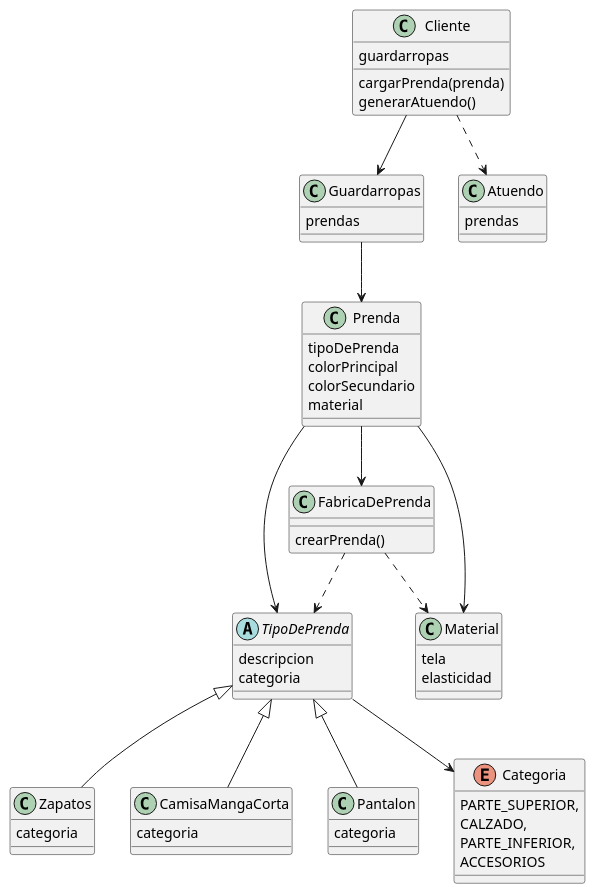
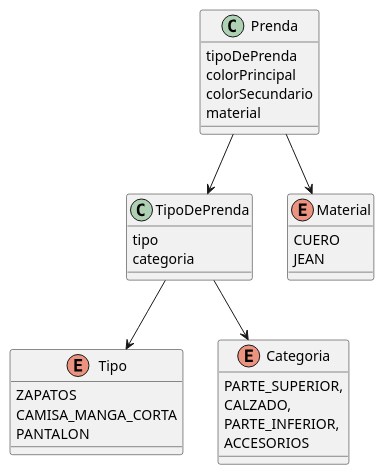
The diagram in diagrama.puml (mottato/que-me-pongo), drawn with PlantUML before and after one commit. The commit also changed 11 other files, not shown here.

```diff
--- a/diagrama.puml
+++ b/diagrama.puml
@@ -1,95 +1,39 @@
 @startuml
-
-class Cliente {
-    guardarropas
-    cargarPrenda(prenda)
-    generarAtuendo()
-}
-
-class Guardarropas {
-    prendas
-}
 
 class Prenda {
     tipoDePrenda
     colorPrincipal
     colorSecundario
     material
 }
 
-class FabricaDePrenda {
-    crearPrenda()
-}
-
-abstract class TipoDePrenda {
-    descripcion
+class TipoDePrenda {
+    tipo
     categoria
 }
 
-class Zapatos {
-    categoria
-}
-
-class CamisaMangaCorta {
-    categoria
-}
-
-class Pantalon {
-    categoria
+enum Tipo {
+    ZAPATOS
+    CAMISA_MANGA_CORTA
+    PANTALON
 }
 
 enum Categoria {
     PARTE_SUPERIOR,
     CALZADO,
     PARTE_INFERIOR,
     ACCESORIOS
 }
 
-class Material {
-    tela
-    elasticidad
+enum Material {
+    CUERO
+    JEAN
 }
-
-class Atuendo {
-    prendas
-}
-
-Cliente --> Guardarropas
-Cliente ..> Atuendo
-Guardarropas --> Prenda
 
 Prenda --> TipoDePrenda
 Prenda --> Material
-Prenda --> FabricaDePrenda
 
-FabricaDePrenda ..> TipoDePrenda
-FabricaDePrenda ..> Material
-
+TipoDePrenda --> Tipo
 TipoDePrenda --> Categoria
-TipoDePrenda <|-- Zapatos
-TipoDePrenda <|-- CamisaMangaCorta
-TipoDePrenda <|-- Pantalon
-
-'interface FactorClimatico {
-'
-'}
-'
-'class Temperatura {
-'}
-'
-'class Viento {
-'}
-'
-'class Sol {
-'}
-'
-'class Lluvia {
-'}
-
-
-'FactorClimatico <|.. Temperatura
-'FactorClimatico <|.. Viento
-'FactorClimatico <|.. Sol
-'FactorClimatico <|.. Lluvia
 
 @enduml
```
